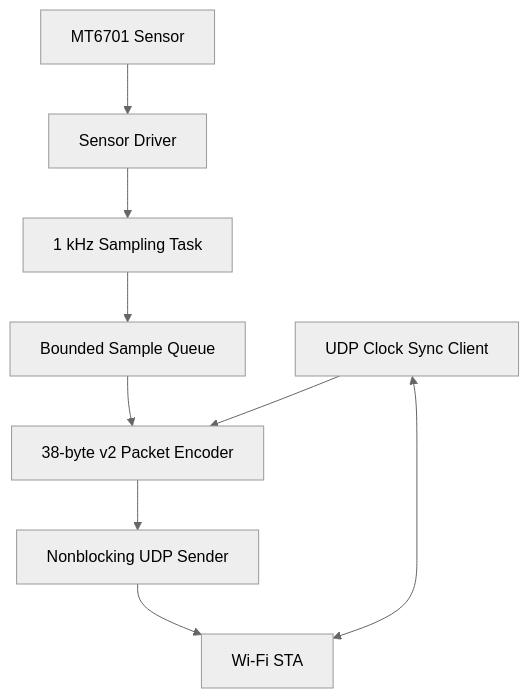
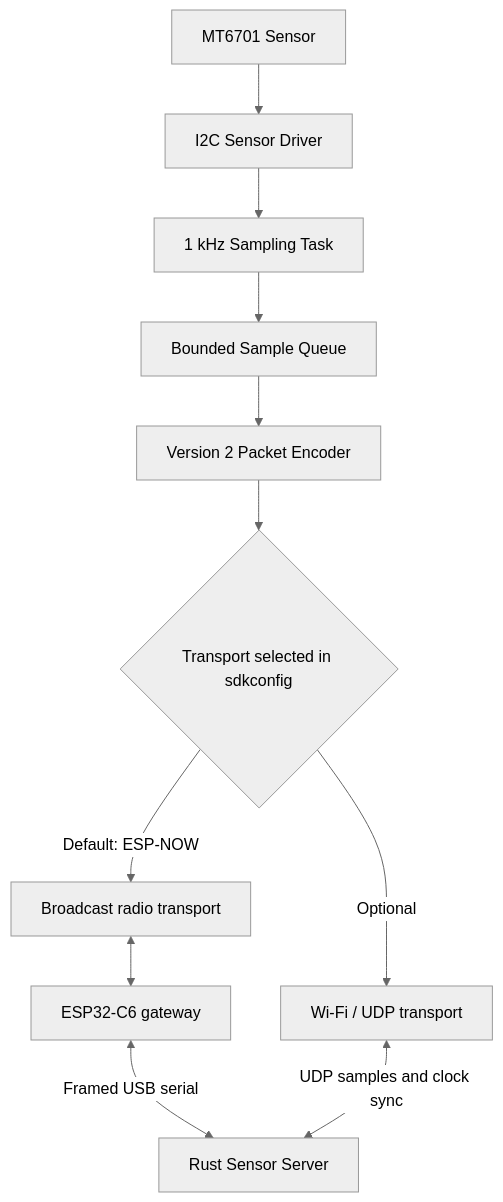
Before and after one commit to Neko-vecter/inverted-pendulum-sensor: the second of 5 diagrams in docs/architecture.md, drawn with Mermaid (neutral theme). The commit also changed other lines of this file and 37 other files, not shown here.

Commit message:
add esp now support

````diff
--- a/docs/architecture.md
+++ b/docs/architecture.md
@@ -52,20 +26,13 @@
 ```mermaid
 flowchart TD
-    Sensor["MT6701 Sensor"]
-    Driver["Sensor Driver"]
-    Sampler["1 kHz Sampling Task"]
-    Queue["Bounded Sample Queue"]
-    Encoder["38-byte v2 Packet Encoder"]
-    Sender["Nonblocking UDP Sender"]
-    Sync["UDP Clock Sync Client"]
-    WiFi["Wi-Fi STA"]
-
-    Sensor --> Driver
-    Driver --> Sampler
-    Sampler --> Queue
-    Queue --> Encoder
-    Encoder --> Sender
-    Sender --> WiFi
-    Sync <--> WiFi
-    Sync --> Encoder
+    Sensor["MT6701 Sensor"] --> Driver["I2C Sensor Driver"]
+    Driver --> Sampler["1 kHz Sampling Task"]
+    Sampler --> Queue["Bounded Sample Queue"]
+    Queue --> Encoder["Version 2 Packet Encoder"]
+    Encoder --> Select{"Transport selected in sdkconfig"}
+    Select -->|Default: ESP-NOW| Radio["Broadcast radio transport"]
+    Radio <--> Gateway["ESP32-C6 gateway"]
+    Gateway <-->|"Framed USB serial"| Server["Rust Sensor Server"]
+    Select -->|Optional| UDP["Wi-Fi / UDP transport"]
+    UDP <-->|"UDP samples and clock sync"| Server
 ```
````
